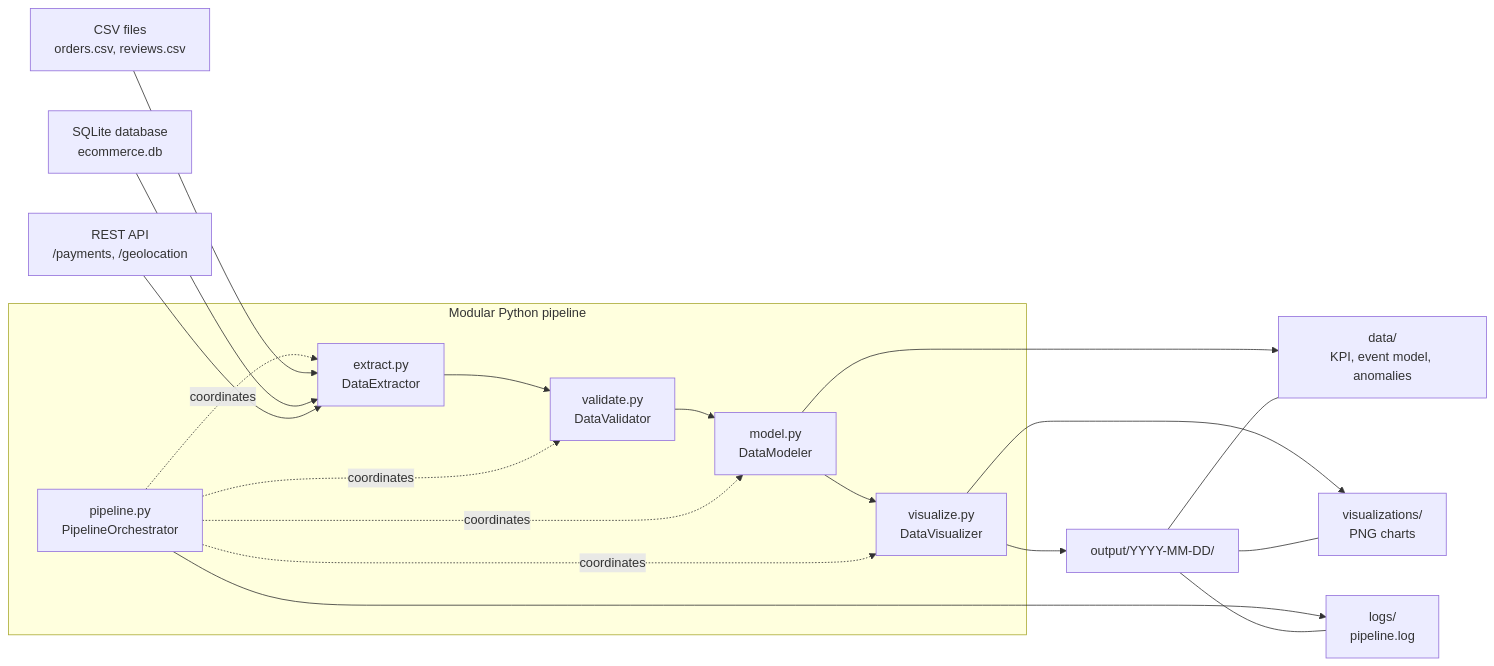
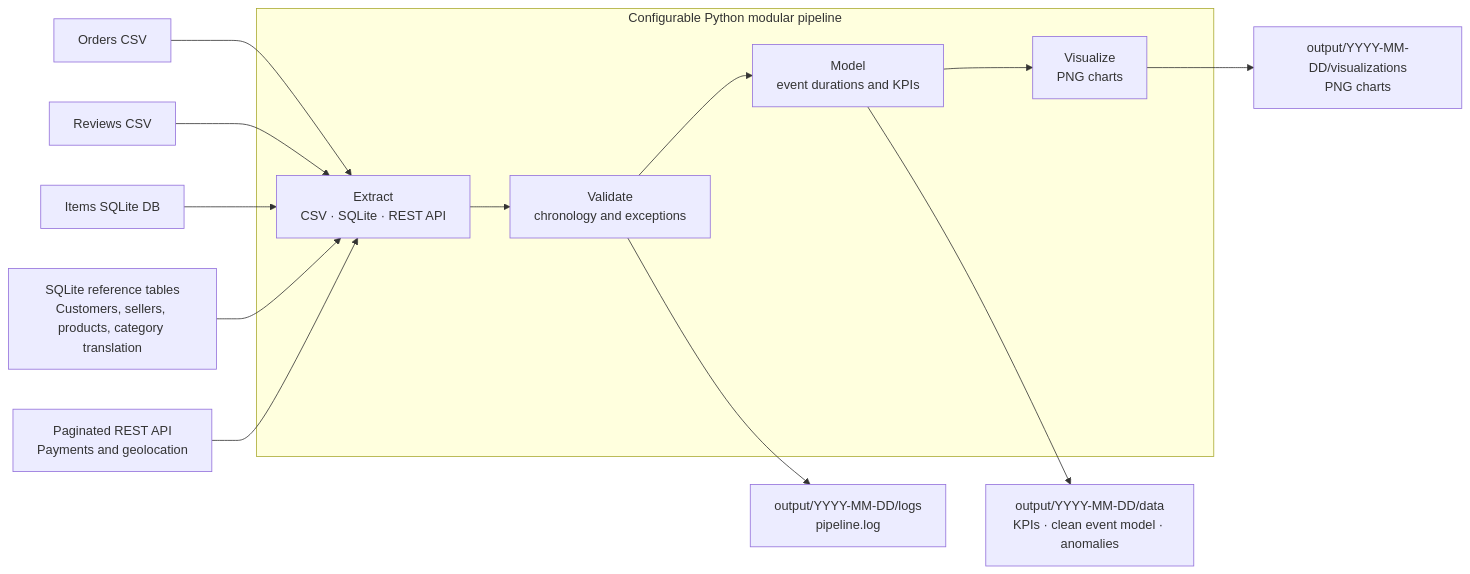
Before and after one commit to MineshShaw/olist-fde-pipeline: the diagram in docs/source-map.mmd, drawn with Mermaid. The commit also changed 19 other files, not shown here.

```diff
--- a/docs/source-map.mmd
+++ b/docs/source-map.mmd
@@ -1,28 +1,24 @@
 flowchart LR
-    CSV["CSV files<br/>orders.csv, reviews.csv"]
-    SQLite["SQLite database<br/>ecommerce.db"]
-    API["REST API<br/>/payments, /geolocation"]
+    OrdersCSV["Orders CSV"]
+    ReviewsCSV["Reviews CSV"]
+    ItemsDB["Items SQLite DB"]
+    ReferenceDB["SQLite reference tables<br/>Customers, sellers, products, category translation"]
+    RestAPI["Paginated REST API<br/>Payments and geolocation"]
 
-    subgraph Pipeline["Modular Python pipeline"]
-        Extract["extract.py<br/>DataExtractor"]
-        Validate["validate.py<br/>DataValidator"]
-        Model["model.py<br/>DataModeler"]
-        Visualize["visualize.py<br/>DataVisualizer"]
-        Orchestrate["pipeline.py<br/>PipelineOrchestrator"]
+    subgraph Pipeline["Configurable Python modular pipeline"]
+        Extract["Extract<br/>CSV · SQLite · REST API"]
+        Validate["Validate<br/>chronology and exceptions"]
+        Model["Model<br/>event durations and KPIs"]
+        Visualize["Visualize<br/>PNG charts"]
         Extract --> Validate --> Model --> Visualize
-        Orchestrate -. coordinates .-> Extract
-        Orchestrate -. coordinates .-> Validate
-        Orchestrate -. coordinates .-> Model
-        Orchestrate -. coordinates .-> Visualize
     end
 
-    CSV --> Extract
-    SQLite --> Extract
-    API --> Extract
-    Visualize --> Output["output/YYYY-MM-DD/"]
-    Model --> Data["data/<br/>KPI, event model, anomalies"]
-    Visualize --> Charts["visualizations/<br/>PNG charts"]
-    Orchestrate --> Logs["logs/<br/>pipeline.log"]
-    Output --- Data
-    Output --- Charts
-    Output --- Logs
+    OrdersCSV --> Extract
+    ReviewsCSV --> Extract
+    ItemsDB --> Extract
+    ReferenceDB --> Extract
+    RestAPI --> Extract
+
+    Model --> DataOut["output/YYYY-MM-DD/data<br/>KPIs · clean event model · anomalies"]
+    Visualize --> VizOut["output/YYYY-MM-DD/visualizations<br/>PNG charts"]
+    Validate --> LogsOut["output/YYYY-MM-DD/logs<br/>pipeline.log"]
```
